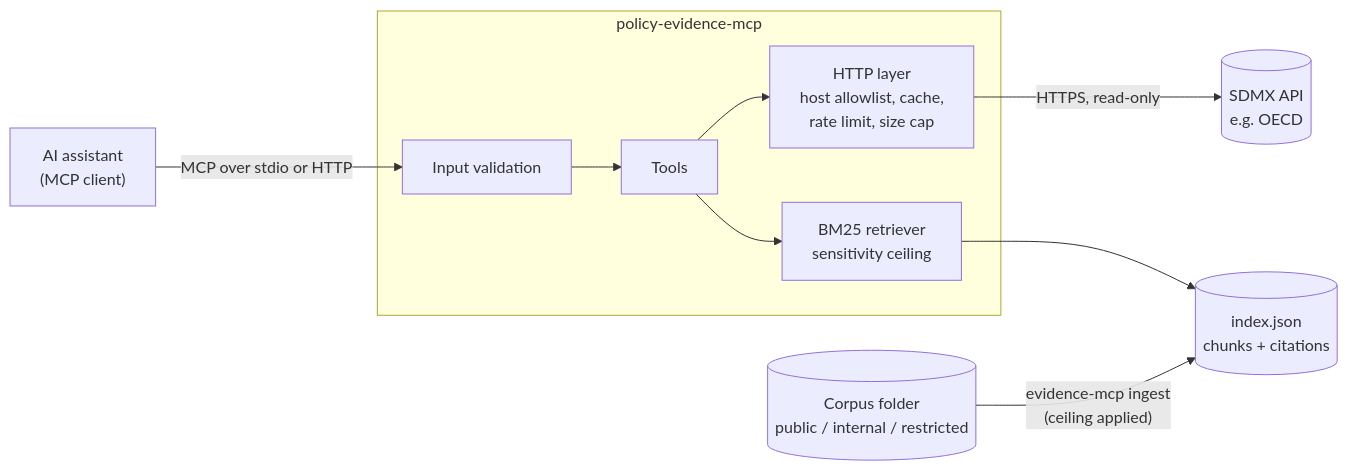
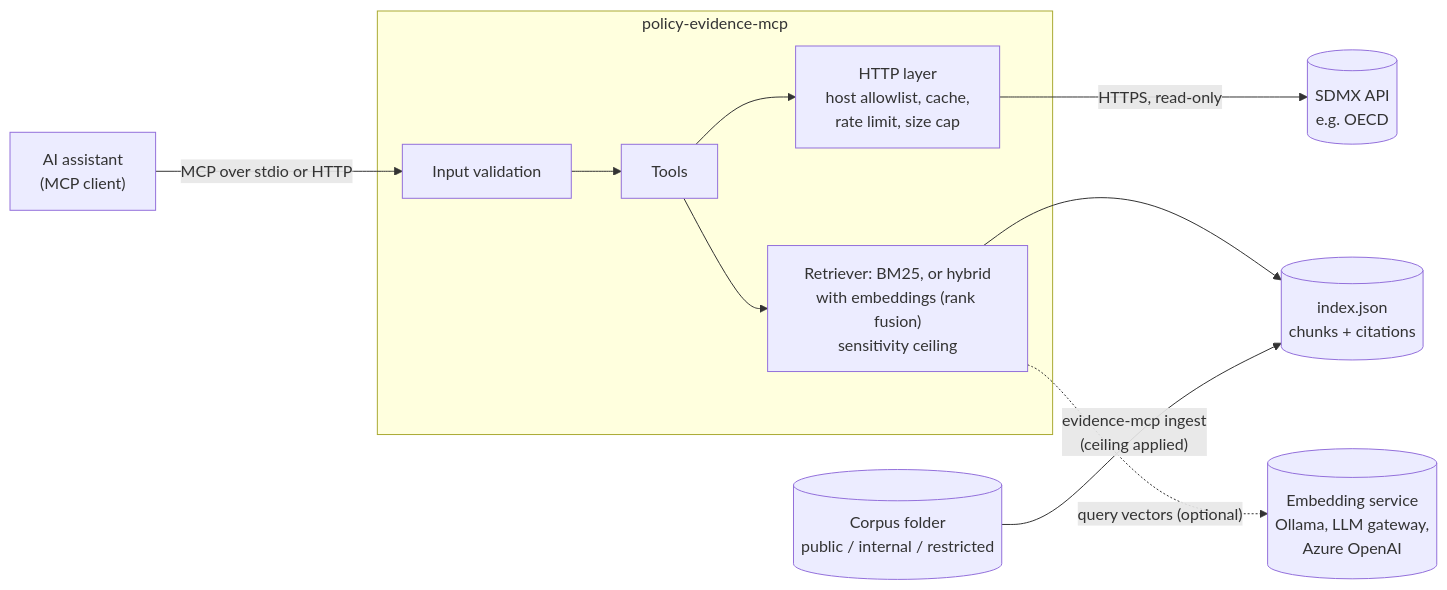
One commit to flam7791/policy-evidence-mcp changed the diagram in README.md. Above: the diagram before and after it, drawn with Mermaid. The commit also changed other lines of this file and 14 other files, not shown here.

Commit message:
0.2.0: hybrid search (keywords + embeddings, rank fusion), paraphrase evaluation

````diff
--- a/README.md
+++ b/README.md
@@ -21,12 +22,13 @@
 ```mermaid
 flowchart LR
     A["AI assistant<br/>(MCP client)"] -- "MCP over stdio or HTTP" --> V
     subgraph S [policy-evidence-mcp]
       V["Input validation"] --> T["Tools"]
       T --> H["HTTP layer<br/>host allowlist, cache,<br/>rate limit, size cap"]
-      T --> R["BM25 retriever<br/>sensitivity ceiling"]
+      T --> R["Retriever: BM25, or hybrid<br/>with embeddings (rank fusion)<br/>sensitivity ceiling"]
     end
     H -- "HTTPS, read-only" --> API[("SDMX API<br/>e.g. OECD")]
     R --> I[("index.json<br/>chunks + citations")]
     C[("Corpus folder<br/>public / internal / restricted")] -- "evidence-mcp ingest<br/>(ceiling applied)" --> I
+    R -. "query vectors (optional)" .-> E[("Embedding service<br/>Ollama, LLM gateway,<br/>Azure OpenAI")]
 ```
````
